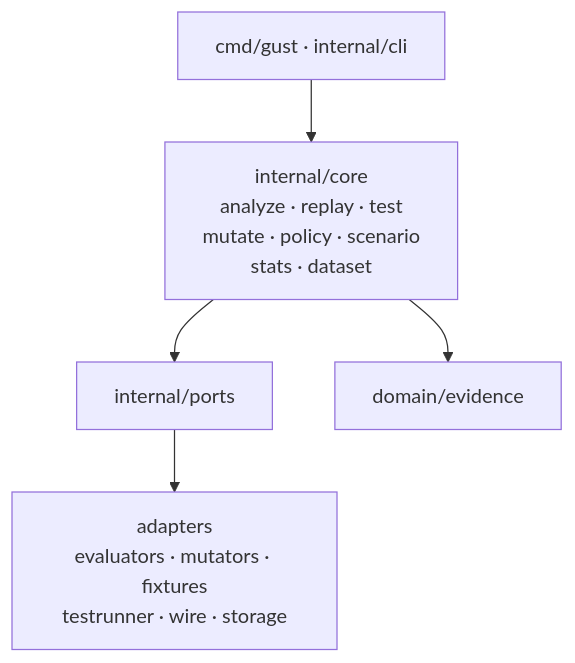
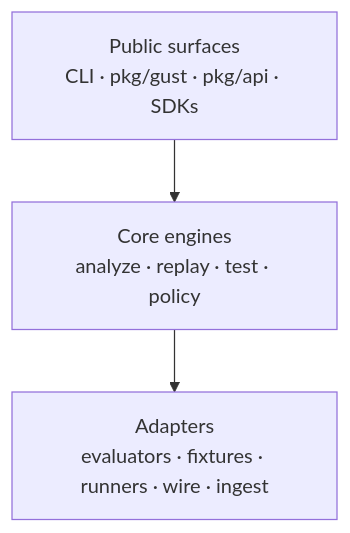
The diagram in docs/architecture/hexagonal-design.md (ShadyD45/gust), drawn with Mermaid before and after one commit. The commit also changed other lines of this file and 110 other files, not shown here.

````diff
--- a/docs/architecture/hexagonal-design.md
+++ b/docs/architecture/hexagonal-design.md
@@ -11,16 +11,12 @@
 ```mermaid
 flowchart TB
   accTitle: gust hexagonal architecture
-  accDescr: CLI entry calls core use cases, which depend on ports and domain evidence. Adapters implement the ports.
+  accDescr: Public surfaces call core use cases; adapters implement I/O.
 
-  entry["cmd/gust · internal/cli"]
-  core["internal/core<br/>analyze · replay · test<br/>mutate · policy · scenario<br/>stats · dataset"]
-  ports[internal/ports]
-  evidence[domain/evidence]
-  adapters["adapters<br/>evaluators · mutators · fixtures<br/>testrunner · wire · storage"]
+  public["Public surfaces<br/>CLI · pkg/gust · pkg/api · SDKs"]
+  core["Core engines<br/>analyze · replay · test · policy"]
+  adapters["Adapters<br/>evaluators · fixtures · runners · wire · ingest"]
 
-  entry --> core
-  core --> ports
-  core --> evidence
-  ports --> adapters
+  public --> core
+  core --> adapters
 ```
````
